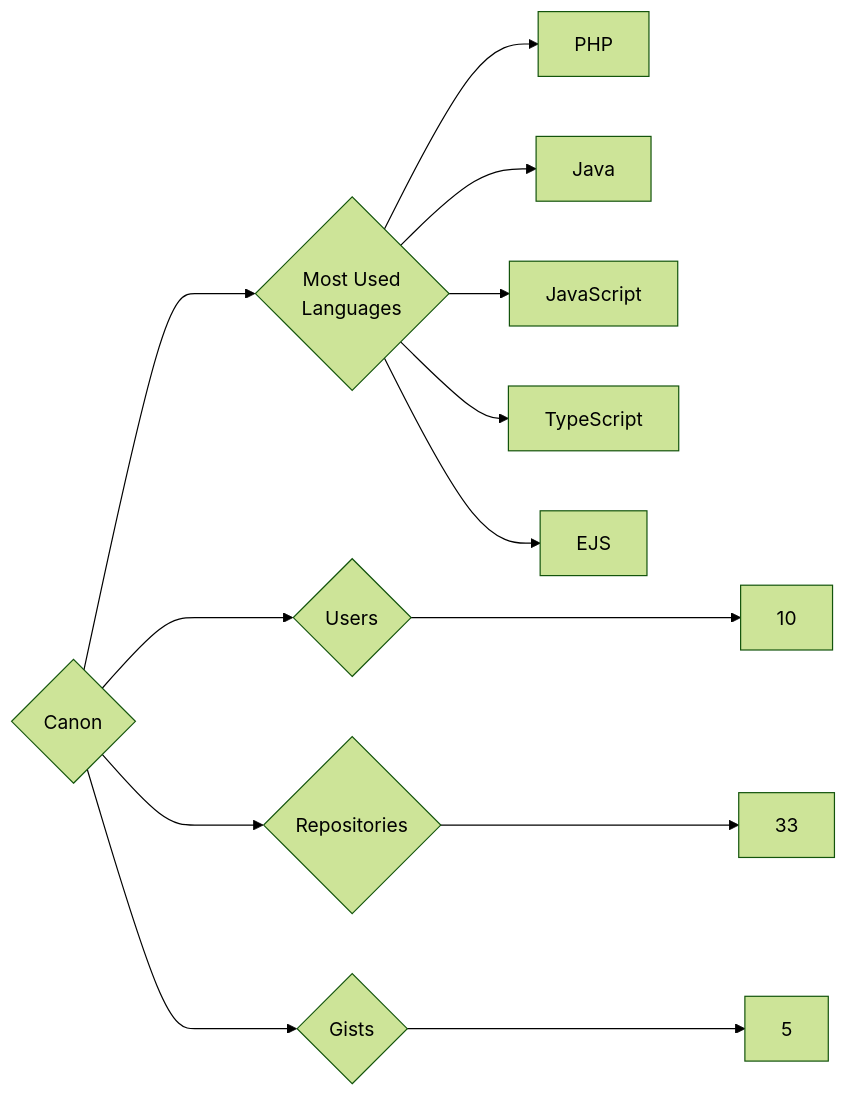
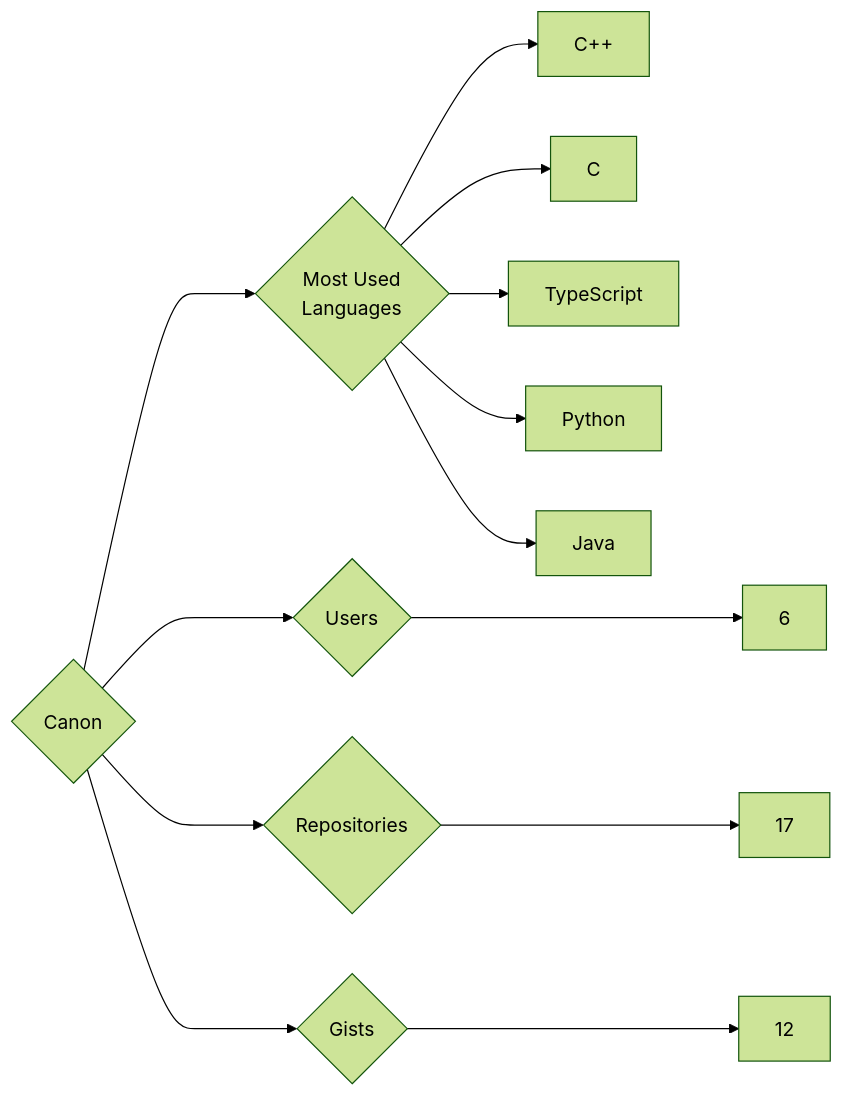
One commit to trickest/insiders changed the diagram in targets/Canon/README.md. Above: the diagram before and after it, drawn with Mermaid (forest theme). The commit also changed 775 other files, not shown here.

````diff
--- a/targets/Canon/README.md
+++ b/targets/Canon/README.md
@@ -3,13 +3,13 @@
 ```mermaid
 graph LR
 COMPANY_NAME{Canon}
-COMPANY_NAME ---> U{Users} ---> UN[10]
-COMPANY_NAME ---> R{Repositories} ---> RN[33]
-COMPANY_NAME ---> G{Gists} ---> GN[5]
+COMPANY_NAME ---> U{Users} ---> UN[6]
+COMPANY_NAME ---> R{Repositories} ---> RN[17]
+COMPANY_NAME ---> G{Gists} ---> GN[12]
 COMPANY_NAME ---> ML{Most Used<br>Languages}
-ML --> PHP[PHP]
+ML --> C++[C++]
+ML --> C[C]
+ML --> TypeScript[TypeScript]
+ML --> Python[Python]
 ML --> Java[Java]
-ML --> JavaScript[JavaScript]
-ML --> TypeScript[TypeScript]
-ML --> EJS[EJS]
 ```
````
